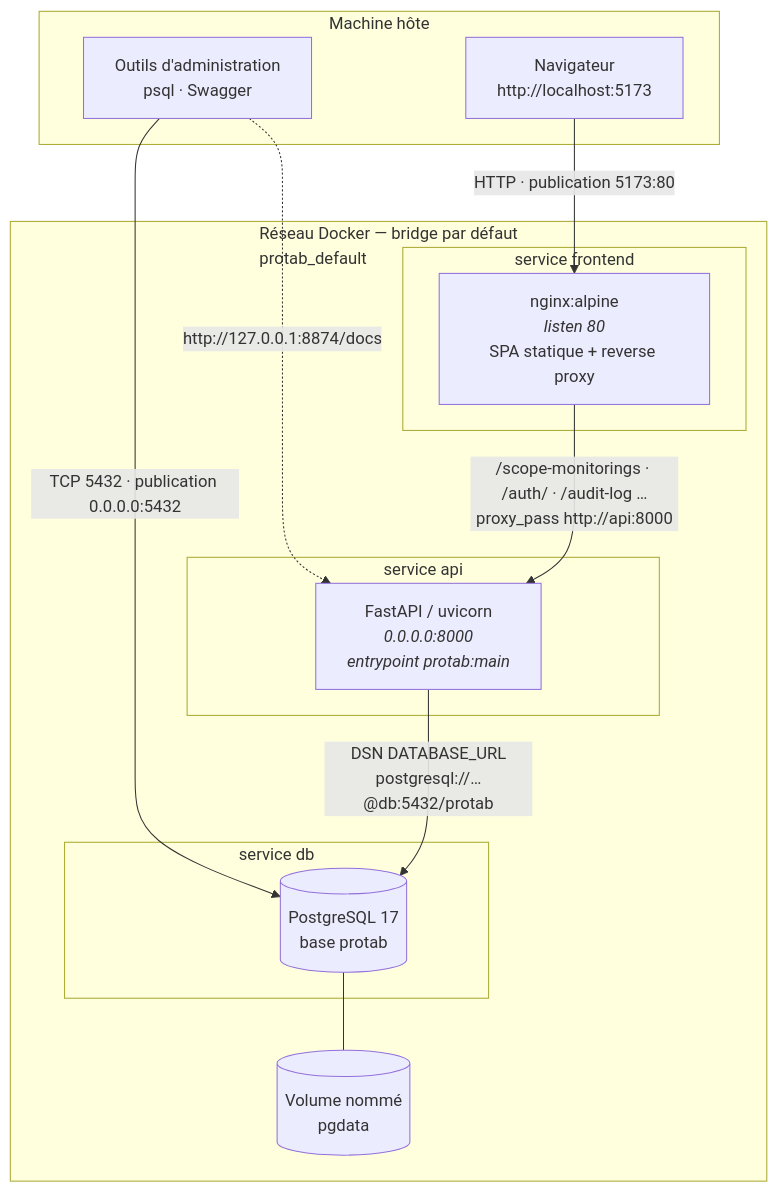
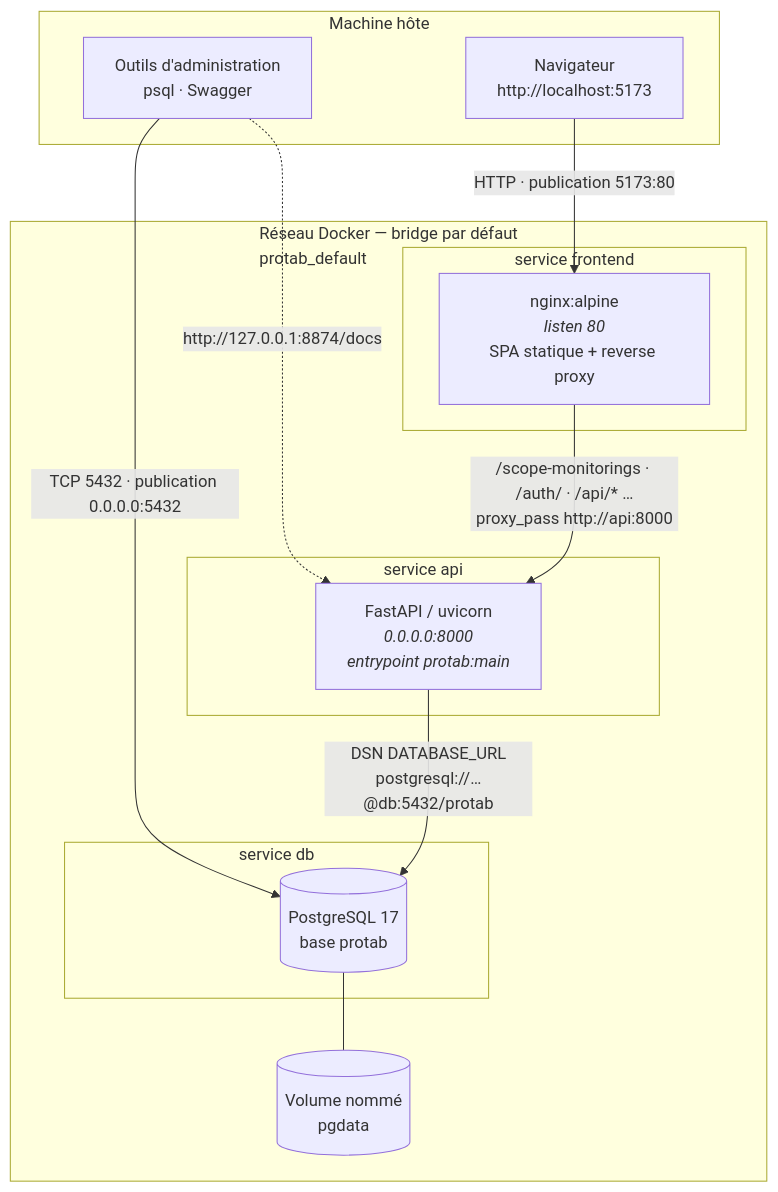
One commit to JneiraS/Tally changed the first of 4 diagrams in docs/docker-architecture.md. Above: the diagram before and after it, drawn with Mermaid. The commit also changed other lines of this file and 17 other files, not shown here.

Commit message:
"Move audit log API under /api and split its two paths"

````diff
--- a/docs/docker-architecture.md
+++ b/docs/docker-architecture.md
@@ -14,31 +14,31 @@
 ```mermaid
 flowchart TD
     subgraph hote["Machine hôte"]
         NAV["Navigateur<br/>http://localhost:5173"]
         OUTILS["Outils d'administration<br/>psql · Swagger"]
     end
 
     subgraph reseau["Réseau Docker — bridge par défaut<br/>protab_default"]
         subgraph c_fe["service frontend"]
             FE["nginx:alpine<br/><i>listen 80</i><br/>SPA statique + reverse proxy"]
         end
 
         subgraph c_api["service api"]
             API["FastAPI / uvicorn<br/><i>0.0.0.0:8000</i><br/><i>entrypoint protab:main</i>"]
         end
 
         subgraph c_db["service db"]
             DB[("PostgreSQL 17<br/>base protab")]
         end
 
         VOL[("Volume nommé<br/>pgdata")]
     end
 
     NAV -->|"HTTP · publication 5173:80"| FE
     OUTILS -->|"TCP 5432 · publication 0.0.0.0:5432"| DB
     OUTILS -.->|"http://127.0.0.1:8874/docs"| API
 
-    FE -->|"/scope-monitorings · /auth/ · /audit-log …<br/>proxy_pass http://api:8000"| API
+    FE -->|"/scope-monitorings · /auth/ · /api/* …<br/>proxy_pass http://api:8000"| API
     API -->|"DSN DATABASE_URL<br/>postgresql://…@db:5432/protab"| DB
     DB --- VOL
 ```
````
